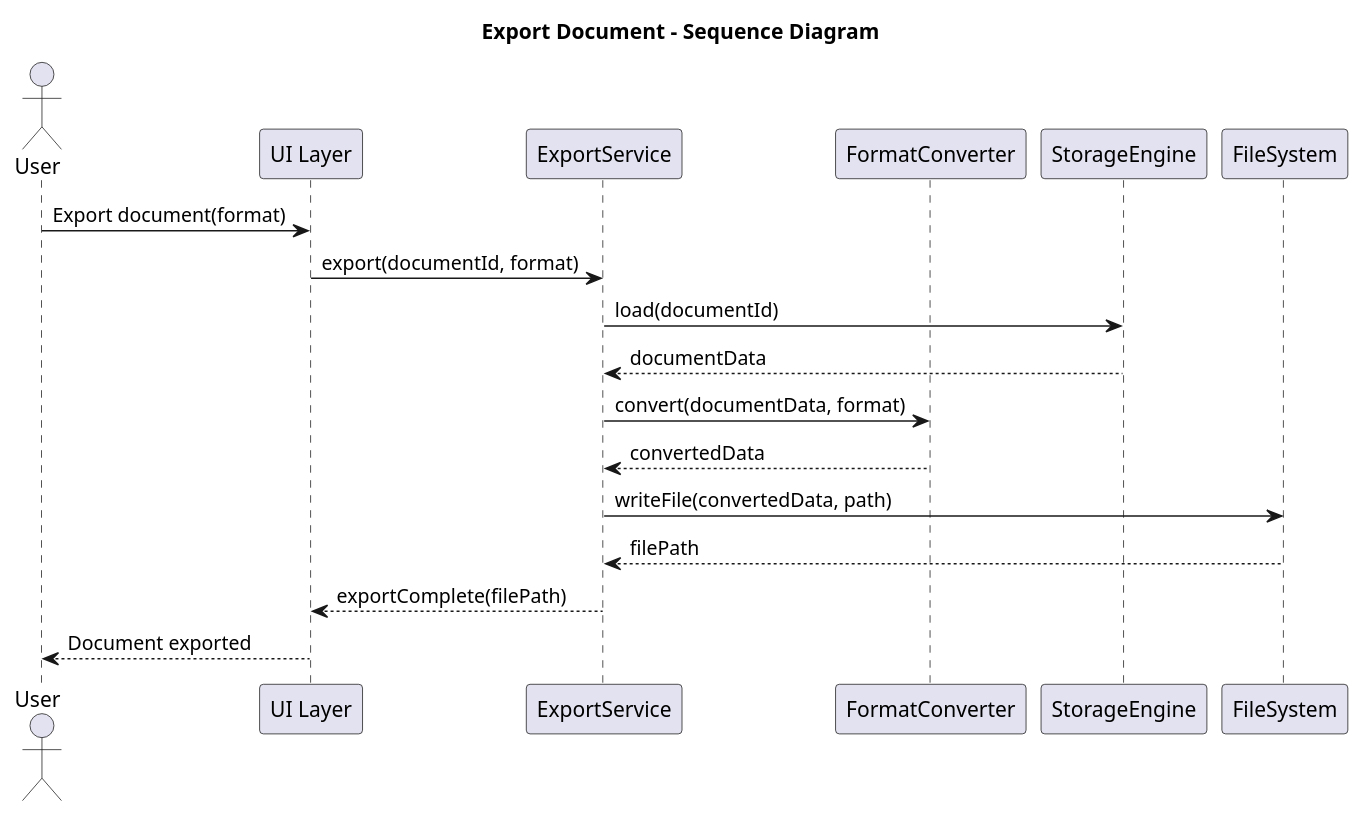
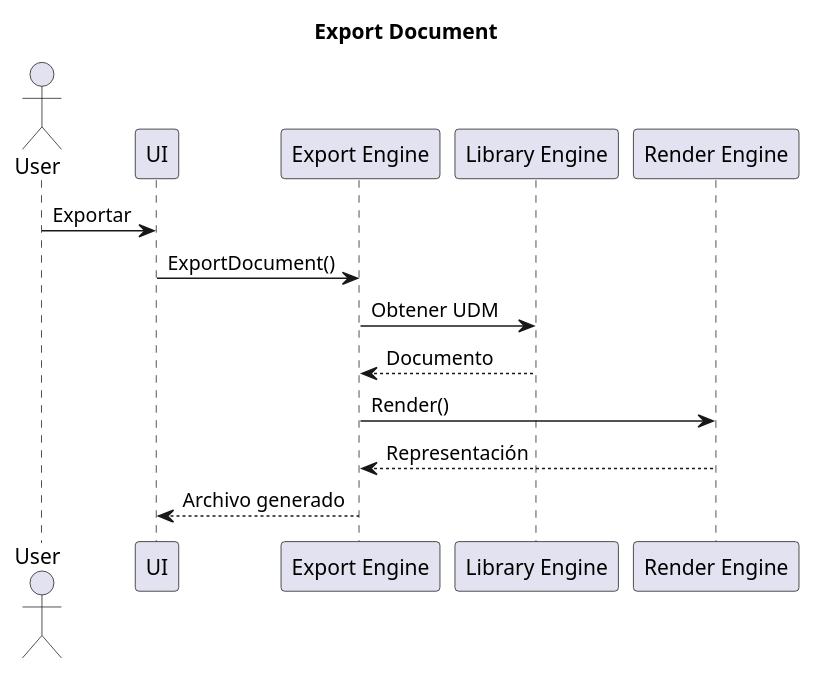
Before and after one commit to Sebailla/KnowledgeOS: the diagram in V-1/00-Architecture/UML/Sequence/ExportDocument.puml, drawn with PlantUML. The commit also changed 15 other files, not shown here.

Commit message:
feat(documentation): Update sequence diagrams and add detailed markdown descriptions for document operations

```diff
--- a/V-1/00-Architecture/UML/Sequence/ExportDocument.puml
+++ b/V-1/00-Architecture/UML/Sequence/ExportDocument.puml
@@ -1,22 +1,29 @@
 @startuml ExportDocument
-title Export Document - Sequence Diagram
+
+title Export Document
 
 actor User
-participant "UI Layer" as UI
-participant "ExportService" as Export
-participant "FormatConverter" as Conv
-participant "StorageEngine" as Storage
-participant "FileSystem" as FS
 
-User -> UI : Export document(format)
-UI -> Export : export(documentId, format)
-Export -> Storage : load(documentId)
-Storage --> Export : documentData
-Export -> Conv : convert(documentData, format)
-Conv --> Export : convertedData
-Export -> FS : writeFile(convertedData, path)
-FS --> Export : filePath
-Export --> UI : exportComplete(filePath)
-UI --> User : Document exported
+participant UI
+
+participant "Export Engine" as Export
+
+participant "Library Engine" as Library
+
+participant "Render Engine" as Render
+
+User -> UI : Exportar
+
+UI -> Export : ExportDocument()
+
+Export -> Library : Obtener UDM
+
+Library --> Export : Documento
+
+Export -> Render : Render()
+
+Render --> Export : Representación
+
+Export --> UI : Archivo generado
 
 @enduml
```
